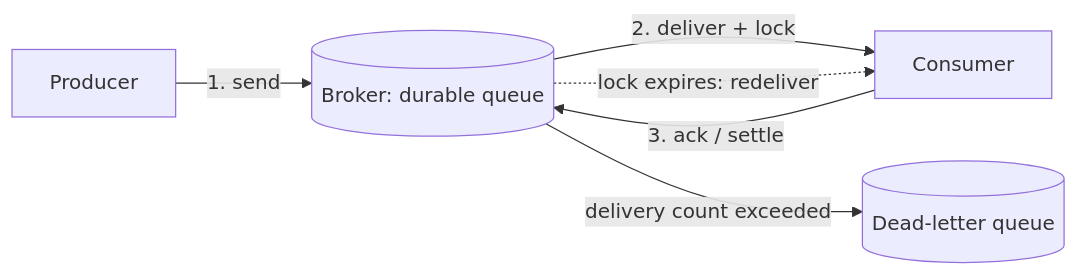
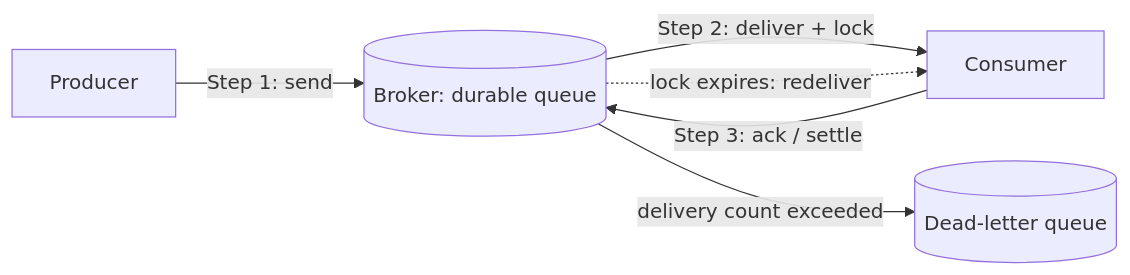
One commit to copaliwal/software-architecture-learning changed the first of 14 diagrams in 13-azure-service-bus-and-messaging-patterns/azure-service-bus-and-messaging-patterns.md. Above: the diagram before and after it, drawn with Mermaid. The commit also changed other lines of this file and 2 other files, not shown here.

Commit message:
Clarify flowchart steps in webhook and messaging patterns documentation for improved readability

````diff
--- a/13-azure-service-bus-and-messaging-patterns/azure-service-bus-and-messaging-patterns.md
+++ b/13-azure-service-bus-and-messaging-patterns/azure-service-bus-and-messaging-patterns.md
@@ -108,8 +108,8 @@
 ```mermaid
 flowchart LR
-    P["Producer"] -->|"1. send"| B[("Broker: durable queue")]
-    B -->|"2. deliver + lock"| C["Consumer"]
-    C -->|"3. ack / settle"| B
+    P["Producer"] -->|"Step 1: send"| B[("Broker: durable queue")]
+    B -->|"Step 2: deliver + lock"| C["Consumer"]
+    C -->|"Step 3: ack / settle"| B
     B -.->|"lock expires: redeliver"| C
     B -->|"delivery count exceeded"| D[("Dead-letter queue")]
 ```
````
